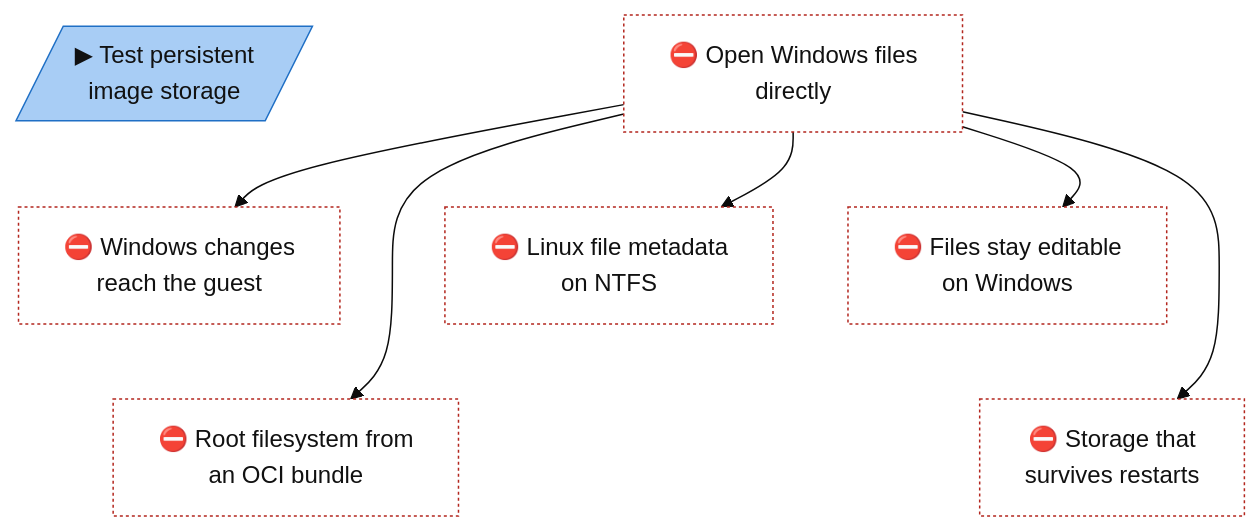
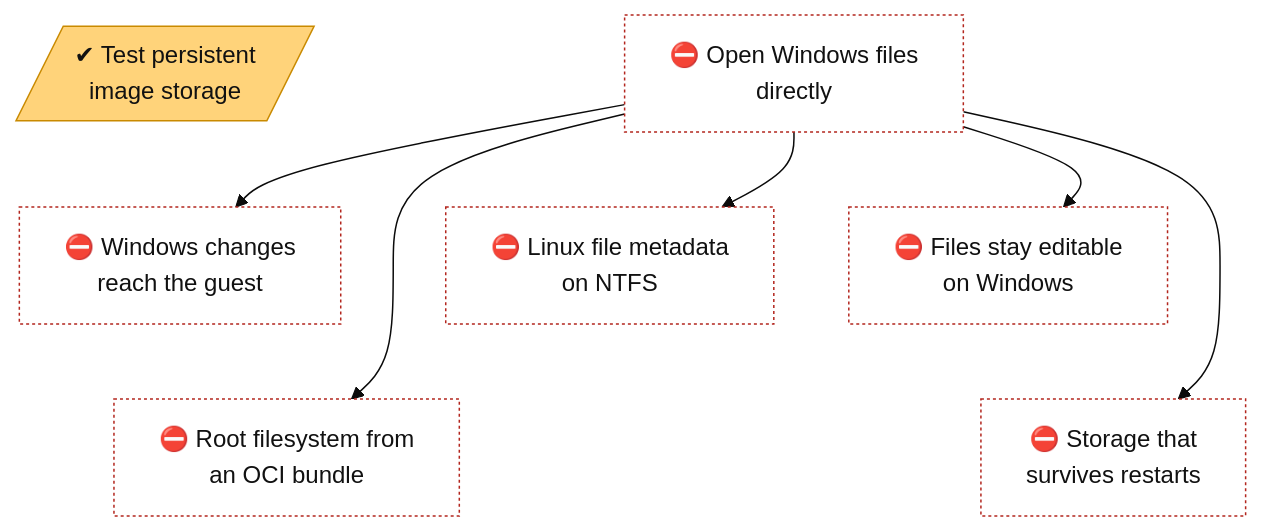
Before and after one commit to lhns/gvisor-windows: the diagram in docs/roadmap/tracks/fs.md, drawn with Mermaid (base theme). The commit also changed other lines of this file and 6 other files, not shown here.

````diff
--- a/docs/roadmap/tracks/fs.md
+++ b/docs/roadmap/tracks/fs.md
@@ -10,37 +10,37 @@
 ```mermaid
 flowchart TB
-    fs_persistent_image_storage[/"▶ Test persistent<br/>image storage"/]
+    fs_persistent_image_storage[/"✔ Test persistent<br/>image storage"/]
     fs_windows_directfs["⛔ Open Windows files<br/>directly"]
     fs_change_notifications["⛔ Windows changes<br/>reach the guest"]
     fs_linux_metadata_on_ntfs["⛔ Linux file metadata<br/>on NTFS"]
     fs_handles_do_not_block_users["⛔ Files stay editable<br/>on Windows"]
     fs_root_filesystem_source["⛔ Root filesystem from<br/>an OCI bundle"]
     fs_persistent_storage_impl["⛔ Storage that<br/>survives restarts"]
     fs_persistent_image_storage ~~~ fs_change_notifications
     fs_windows_directfs ~~~ fs_linux_metadata_on_ntfs
     fs_windows_directfs ~~~ fs_handles_do_not_block_users
     fs_change_notifications ~~~ fs_root_filesystem_source
     fs_linux_metadata_on_ntfs ~~~ fs_persistent_storage_impl
     fs_handles_do_not_block_users ~~~ fs_persistent_storage_impl
     fs_windows_directfs --> fs_change_notifications
     fs_windows_directfs --> fs_linux_metadata_on_ntfs
     fs_windows_directfs --> fs_handles_do_not_block_users
     fs_windows_directfs --> fs_root_filesystem_source
     fs_windows_directfs --> fs_persistent_storage_impl
     classDef vsucc fill:#2e9e4f,stroke:#1b6b34,color:#fff
     classDef succ fill:#bfe8c8,stroke:#2e9e4f,color:#111
     classDef mixed fill:#ffd37a,stroke:#c98a00,color:#111
     classDef bad fill:#f28b82,stroke:#b3261e,color:#111
     classDef dead fill:#e6e6e6,stroke:#777,stroke-dasharray:5 5,color:#555
     classDef inprog fill:#a8cdf5,stroke:#1f6fc5,color:#111
     classDef next fill:#fff,stroke:#333,color:#111
     classDef blocked fill:#fff,stroke:#b3261e,stroke-dasharray:2 2,color:#111
     classDef parked fill:#f3f3f3,stroke:#999,color:#555
     classDef unrated fill:#fff,stroke:#333,stroke-dasharray:1 3,color:#111
     classDef gate fill:#d9c2f0,stroke:#7b3fb5,color:#111
     classDef decided fill:#ece0f7,stroke:#7b3fb5,stroke-dasharray:2 2,color:#111
     classDef finding fill:#ffe0b2,stroke:#d84315,stroke-width:2px,color:#111
     classDef waiting fill:#e3f2fd,stroke:#1f6fc5,stroke-dasharray:5 5,color:#111
-    class fs_persistent_image_storage inprog
+    class fs_persistent_image_storage mixed
     class fs_windows_directfs,fs_change_notifications,fs_linux_metadata_on_ntfs,fs_handles_do_not_block_users,fs_root_filesystem_source,fs_persistent_storage_impl blocked
 ```
````
